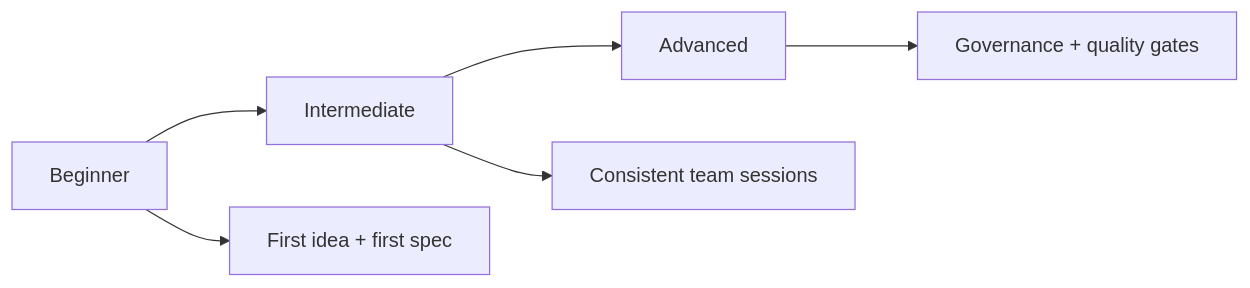
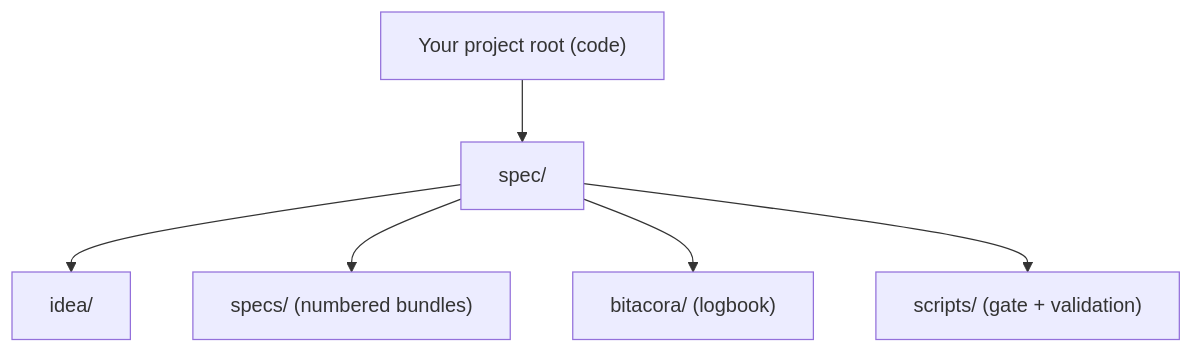
One commit to juanklagos/spec-driven-development-template changed the second of 2 diagrams in README.md. Above: the diagram before and after it, drawn with Mermaid. The commit also changed other lines of this file and 2 other files, not shown here.

First line of the commit message:
docs: visitor-first README (EN/ES) and evolution ideas backlog

````diff
--- a/README.md
+++ b/README.md
@@ -141,8 +156,8 @@
 ```mermaid
-flowchart LR
-  A["Beginner"] --> B["Intermediate"]
-  B --> C["Advanced"]
-  A --> D["First idea + first spec"]
-  B --> E["Consistent team sessions"]
-  C --> F["Governance + quality gates"]
+flowchart TD
+  A["Your project root (code)"] --> B["spec/"]
+  B --> C["idea/"]
+  B --> D["specs/ (numbered bundles)"]
+  B --> E["bitacora/ (logbook)"]
+  B --> F["scripts/ (gate + validation)"]
 ```
````
